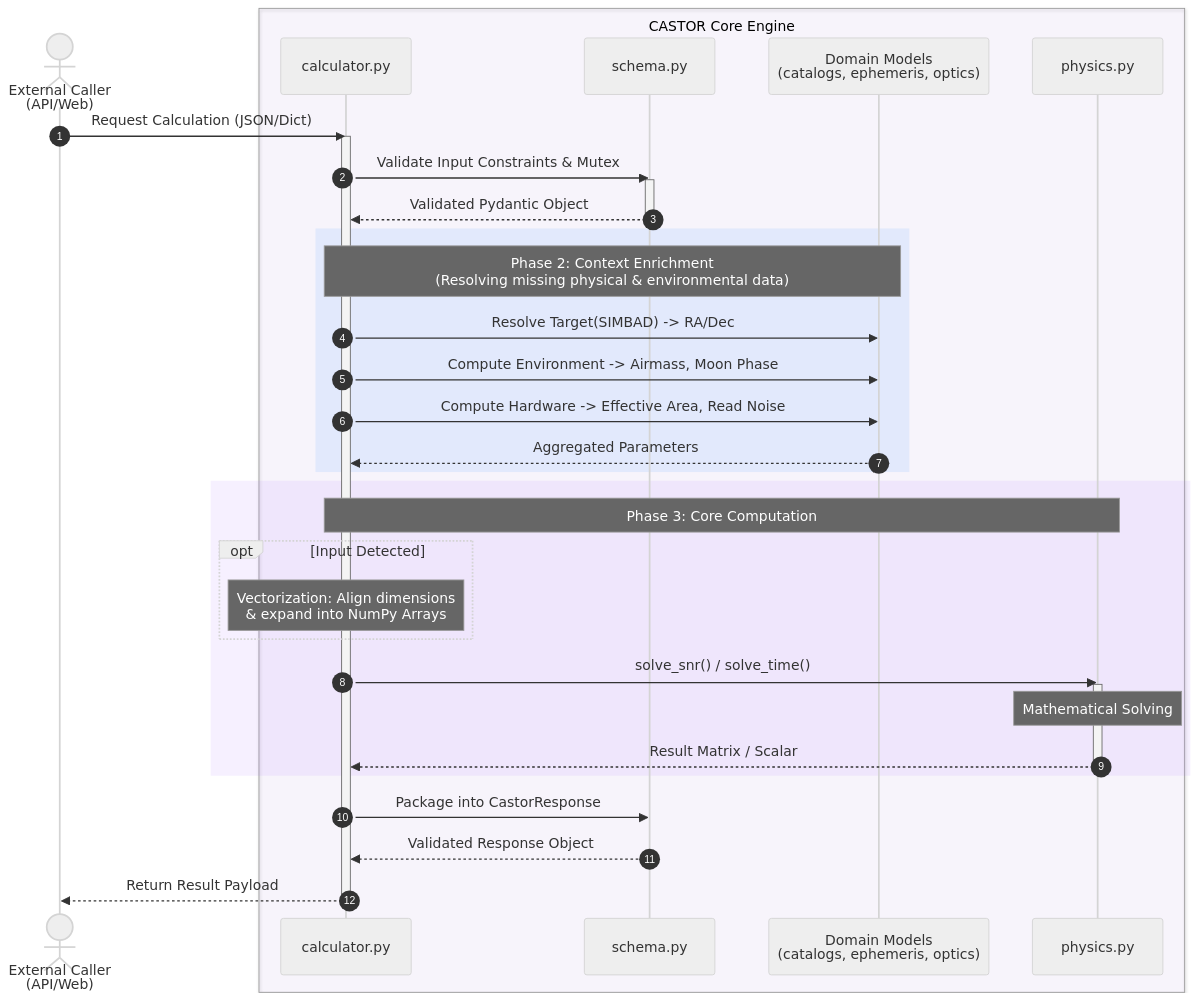
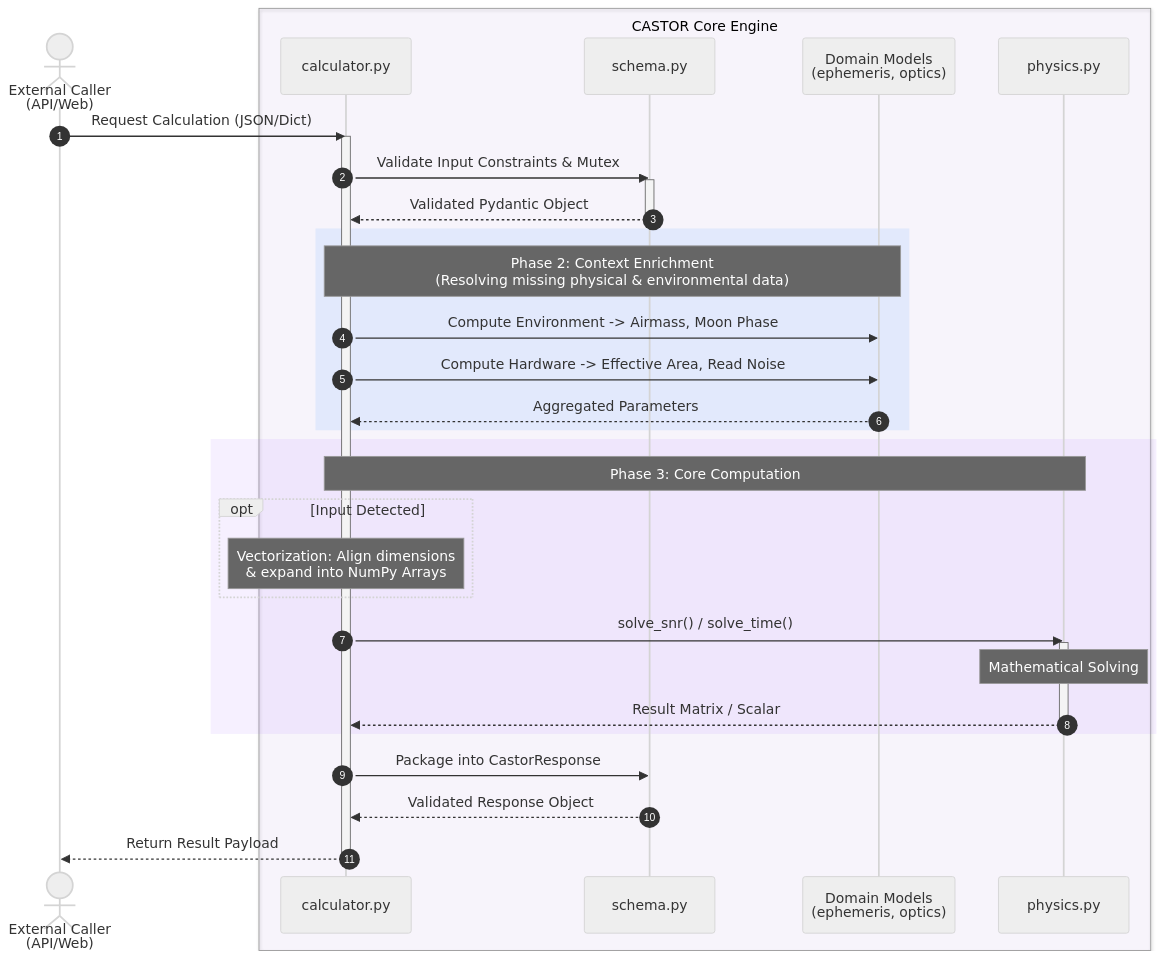
One commit to happpycorn/CASTOR changed the second of 2 diagrams in docs/architecture.md. Above: the diagram before and after it, drawn with Mermaid (neutral theme). The commit also changed other lines of this file, not shown here.

Commit message:
Remove Catalogs

````diff
--- a/docs/architecture.md
+++ b/docs/architecture.md
@@ -165,55 +158,54 @@
 ```mermaid
 sequenceDiagram
     autonumber
     
     %% 將過長的名字加上 <br/> 來節省橫向空間
     actor Client as External Caller<br/>(API/Web)
     
     %% 使用 rgba 產生淡淡的紫色光暈，對齊 Flowchart 的 CASTOR 外框
     box rgba(168, 113, 255, 0.05) CASTOR Core Engine
         participant Calc as calculator.py
         participant Schema as schema.py
-        participant Domain as Domain Models<br/>(catalogs, ephemeris, optics)
+        participant Domain as Domain Models<br/>(ephemeris, optics)
         participant Physics as physics.py
     end
 
     %% Phase 1: Ingress & Validation
     Client->>Calc: Request Calculation (JSON/Dict)
     activate Calc
     Calc->>Schema: Validate Input Constraints & Mutex
     activate Schema
     Schema-->>Calc: Validated Pydantic Object
     deactivate Schema
 
     %% Phase 2: Context Enrichment (Kinder 藍色背景)
     rect rgba(43, 140, 255, 0.1)
         Note over Calc, Domain: Phase 2: Context Enrichment<br/>(Resolving missing physical & environmental data)
         
         %% 將過長的動作標籤折行
-        Calc->>Domain: Resolve Target(SIMBAD) -> RA/Dec
         Calc->>Domain: Compute Environment -> Airmass, Moon Phase
         Calc->>Domain: Compute Hardware -> Effective Area, Read Noise
         Domain-->>Calc: Aggregated Parameters
     end
 
     %% Phase 3: Core Computation (CASTOR 紫色背景)
     rect rgba(168, 113, 255, 0.1)
         Note over Calc, Physics: Phase 3: Core Computation
         
         opt Input Detected
             Note over Calc: Vectorization: Align dimensions<br/>& expand into NumPy Arrays
         end
         
         Calc->>Physics: solve_snr() / solve_time()
         activate Physics
         Note over Physics: Mathematical Solving
         Physics-->>Calc: Result Matrix / Scalar
         deactivate Physics
     end
 
     %% Phase 4: Egress
     Calc->>Schema: Package into CastorResponse
     Schema-->>Calc: Validated Response Object
     Calc-->>Client: Return Result Payload
     deactivate Calc
 ```
````
